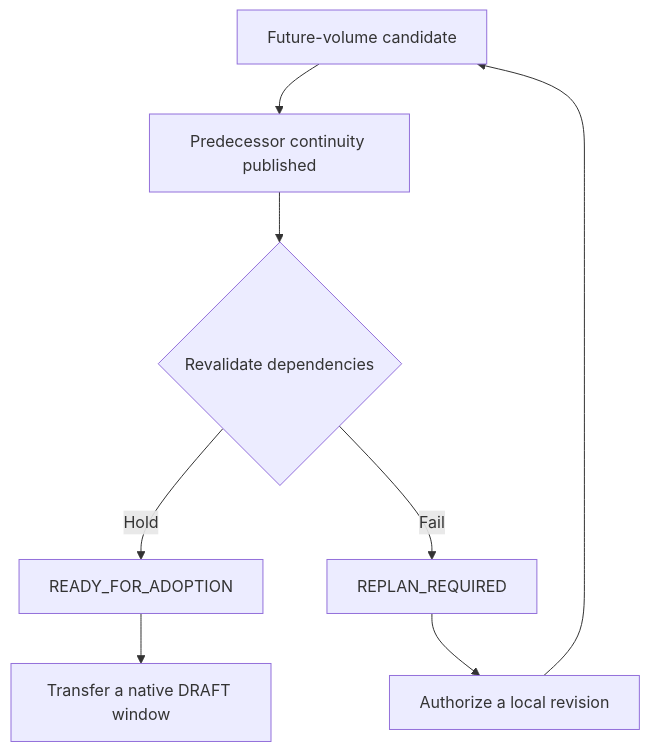
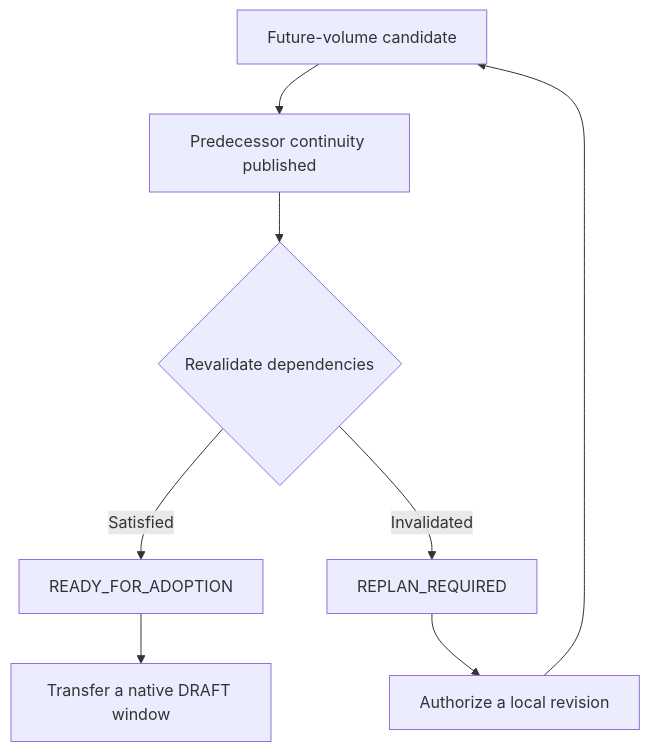
One commit to SKYdayDUCK/NovelFactory changed the diagram in docs/en/06-production-pipeline.md. Above: the diagram before and after it, drawn with Mermaid. The commit also changed other lines of this file and 112 other files, not shown here.

````diff
--- a/docs/en/06-production-pipeline.md
+++ b/docs/en/06-production-pipeline.md
@@ -51,10 +51,10 @@
 ```mermaid
 flowchart TD
     A["Future-volume candidate"] --> B["Predecessor continuity published"]
     B --> C{"Revalidate dependencies"}
-    C -->|Hold| D["READY_FOR_ADOPTION"]
-    C -->|Fail| E["REPLAN_REQUIRED"]
+    C -->|Satisfied| D["READY_FOR_ADOPTION"]
+    C -->|Invalidated| E["REPLAN_REQUIRED"]
     D --> F["Transfer a native DRAFT window"]
     E --> G["Authorize a local revision"]
     G --> A
 ```
````
